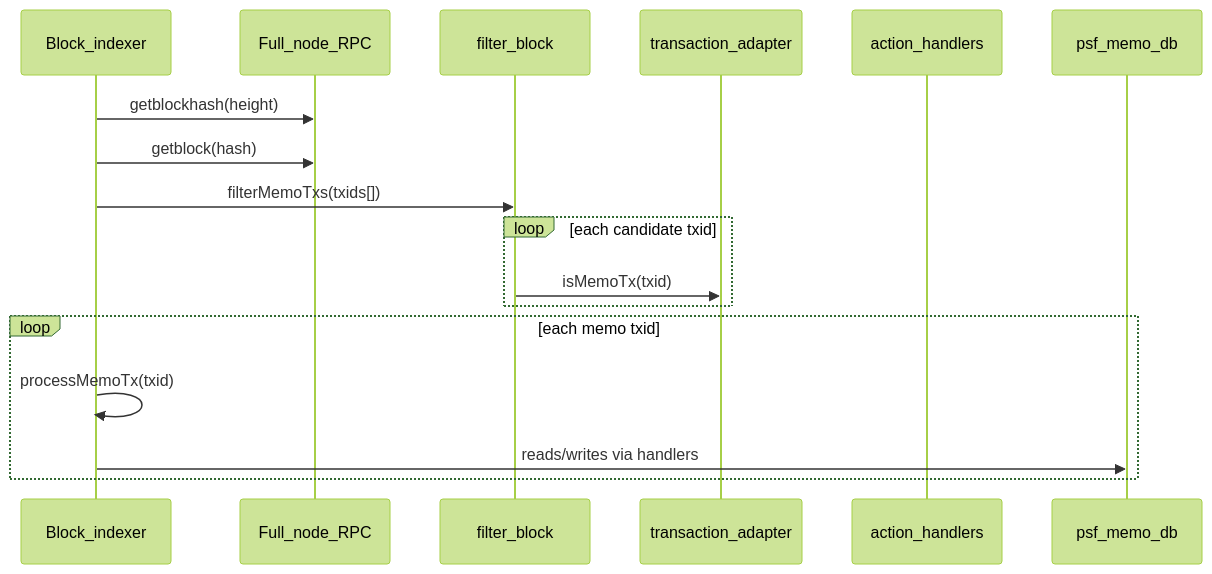
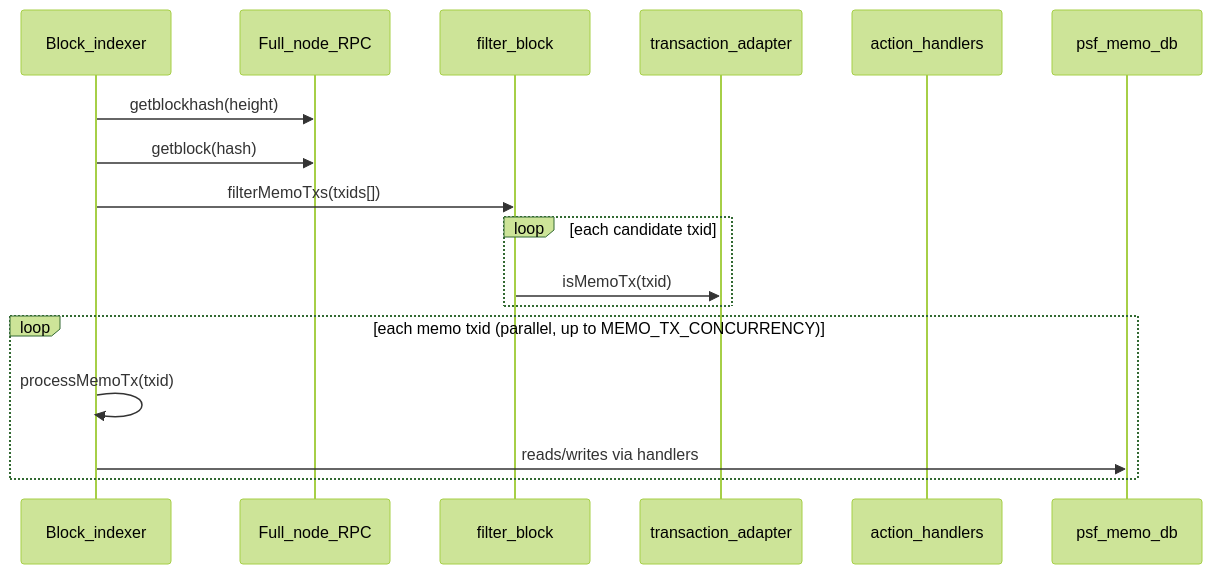
Before and after one commit to Permissionless-Software-Foundation/psf-memo-indexer: the diagram in dev-docs/theory-of-operation.md, drawn with Mermaid (forest theme). The commit also changed other lines of this file and 11 other files, not shown here.

````diff
--- a/dev-docs/theory-of-operation.md
+++ b/dev-docs/theory-of-operation.md
@@ -51,20 +51,20 @@
 ```mermaid
 sequenceDiagram
   participant BI as Block_indexer
   participant RPC as Full_node_RPC
   participant FB as filter_block
   participant TX as transaction_adapter
   participant H as action_handlers
   participant DB as psf_memo_db
 
   BI->>RPC: getblockhash(height)
   BI->>RPC: getblock(hash)
   BI->>FB: filterMemoTxs(txids[])
   loop each candidate txid
     FB->>TX: isMemoTx(txid)
   end
-  loop each memo txid
+  loop each memo txid (parallel, up to MEMO_TX_CONCURRENCY)
     BI->>BI: processMemoTx(txid)
     BI->>DB: reads/writes via handlers
   end
 ```
````
